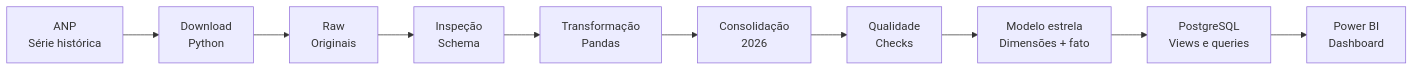
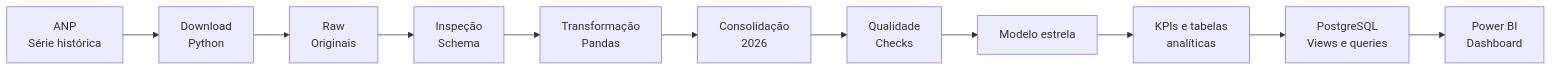
Before and after one commit to peedrovinicius/observatorio-combustiveis-brasil: the diagram in README.md, drawn with Mermaid. The commit also changed other lines of this file and 6 other files, not shown here.

Commit message:
feat: add analytics KPIs and Power BI preparation

````diff
--- a/README.md
+++ b/README.md
@@ -27,12 +27,13 @@
 ```mermaid
 flowchart LR
     A[ANP<br/>Série histórica] --> B[Download<br/>Python]
     B --> C[Raw<br/>Originais]
     C --> D[Inspeção<br/>Schema]
     D --> E[Transformação<br/>Pandas]
     E --> F[Consolidação<br/>2026]
     F --> G[Qualidade<br/>Checks]
-    G --> H[Modelo estrela<br/>Dimensões + fato]
-    H --> I[PostgreSQL<br/>Views e queries]
-    I --> J[Power BI<br/>Dashboard]
+    G --> H[Modelo estrela]
+    H --> I[KPIs e tabelas<br/>analíticas]
+    I --> J[PostgreSQL<br/>Views e queries]
+    J --> K[Power BI<br/>Dashboard]
 ```
````
